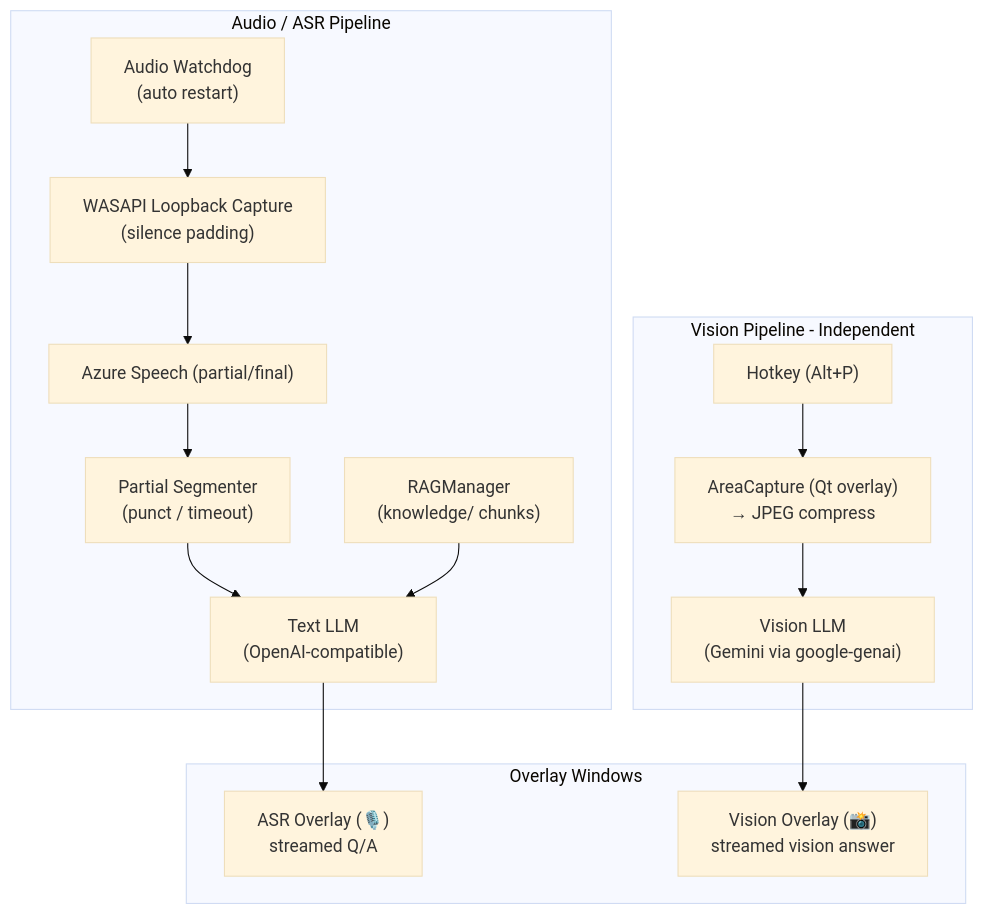
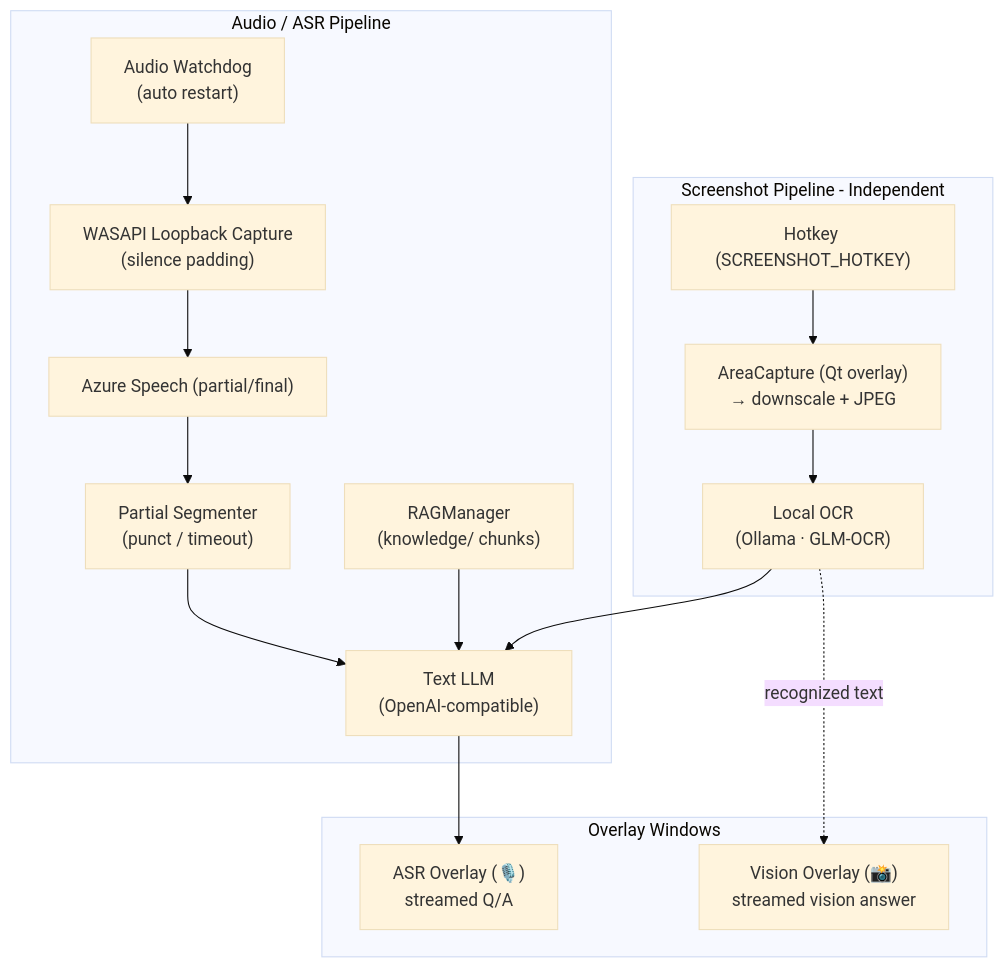
One commit to faketut/GhostPilot changed the first of 2 diagrams in README.md. Above: the diagram before and after it, drawn with Mermaid (base theme). The commit also changed other lines of this file and 53 other files, not shown here.

````diff
--- a/README.md
+++ b/README.md
@@ -28,28 +39,29 @@
 ```mermaid
 flowchart TD
   subgraph UI[Overlay Windows]
     ASR_UI["ASR Overlay (🎙️)<br/>streamed Q/A"]
     V_UI["Vision Overlay (📸)<br/>streamed vision answer"]
   end
 
   subgraph Audio[Audio / ASR Pipeline]
     AC["WASAPI Loopback Capture<br/>(silence padding)"]
     WD["Audio Watchdog<br/>(auto restart)"]
     AZ["Azure Speech (partial/final)"]
     SEG["Partial Segmenter<br/>(punct / timeout)"]
     RAG["RAGManager<br/>(knowledge/ chunks)"]
     TEXTLLM["Text LLM<br/>(OpenAI-compatible)"]
   end
 
-  subgraph Vision[Vision Pipeline - Independent]
-    HKP["Hotkey (Alt+P)"]
-    CAP["AreaCapture (Qt overlay)<br/>→ JPEG compress"]
-    VLLM["Vision LLM<br/>(Gemini via google-genai)"]
+  subgraph Vision[Screenshot Pipeline - Independent]
+    HKP["Hotkey (SCREENSHOT_HOTKEY)"]
+    CAP["AreaCapture (Qt overlay)<br/>→ downscale + JPEG"]
+    OCR["Local OCR<br/>(Ollama · GLM-OCR)"]
   end
 
   AC --> AZ --> SEG --> TEXTLLM --> ASR_UI
   WD --> AC
   RAG --> TEXTLLM
 
-  HKP --> CAP --> VLLM --> V_UI
+  HKP --> CAP --> OCR --> TEXTLLM
+  OCR -. "recognized text" .-> V_UI
 ```
````
